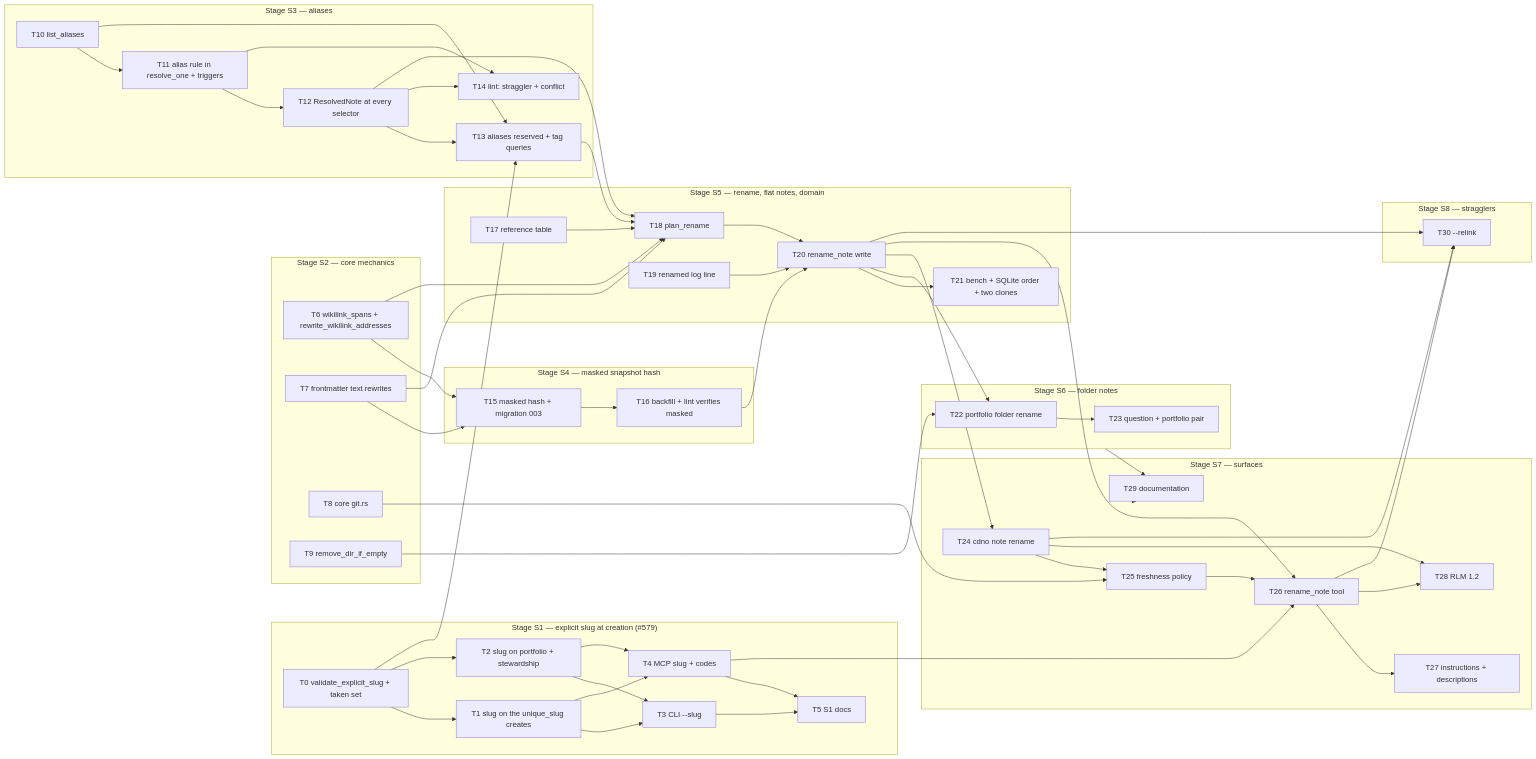
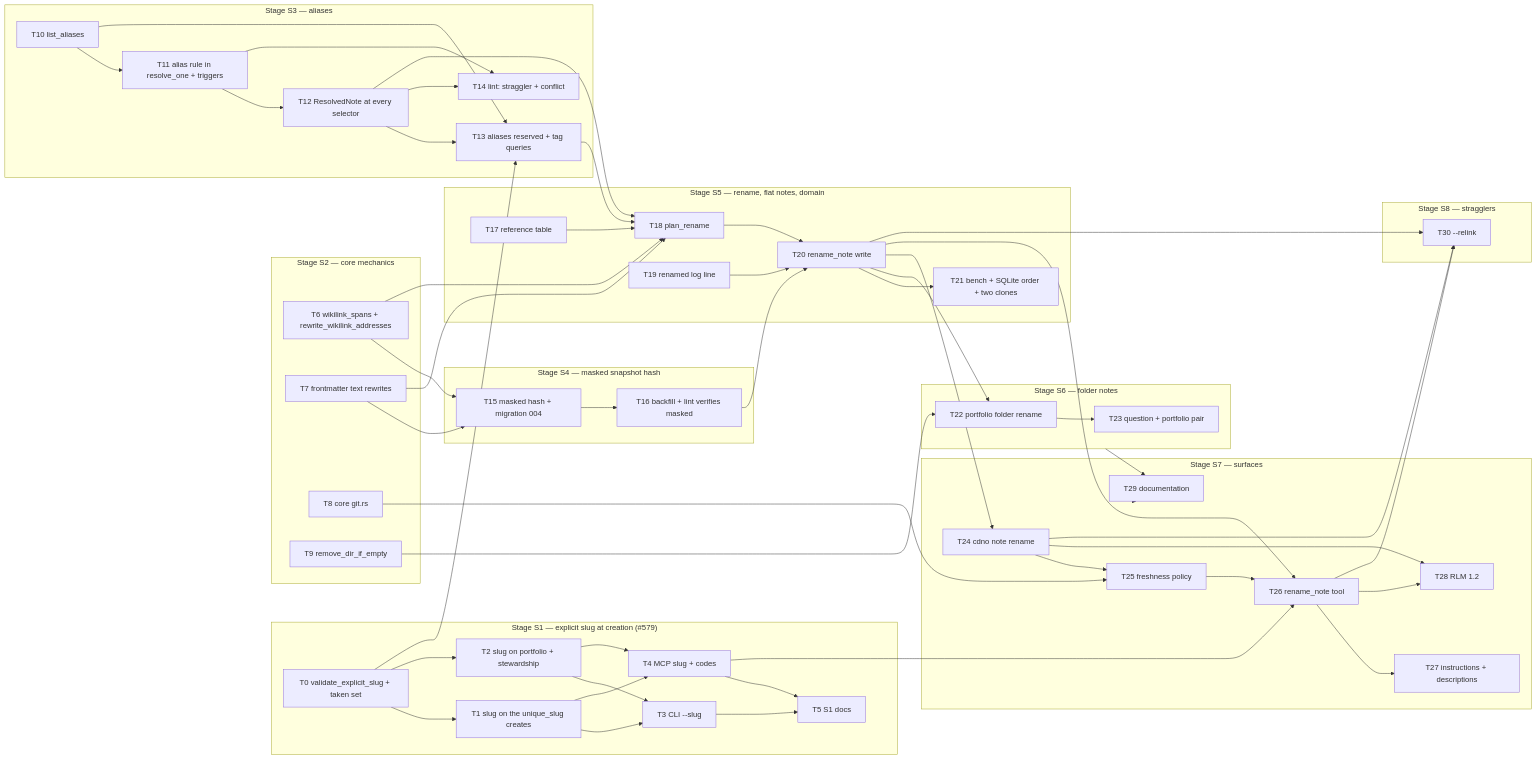
One commit to agustinvalencia/cuaderno changed the diagram in docs/rfcs/0007-implementation-plan.md. Above: the diagram before and after it, drawn with Mermaid. The commit also changed other lines of this file and 13 other files, not shown here.

First line of the commit message:
RFC 0007 T15: masked snapshot hash and migration 004 (#899)

```diff
--- a/docs/rfcs/0007-implementation-plan.md
+++ b/docs/rfcs/0007-implementation-plan.md
@@ -89,7 +89,7 @@
         T14["T14 lint: straggler + conflict"]
     end
     subgraph S4["Stage S4 — masked snapshot hash"]
-        T15["T15 masked hash + migration 003"]
+        T15["T15 masked hash + migration 004"]
         T16["T16 backfill + lint verifies masked"]
     end
     subgraph S5["Stage S5 — rename, flat notes, domain"]
```
